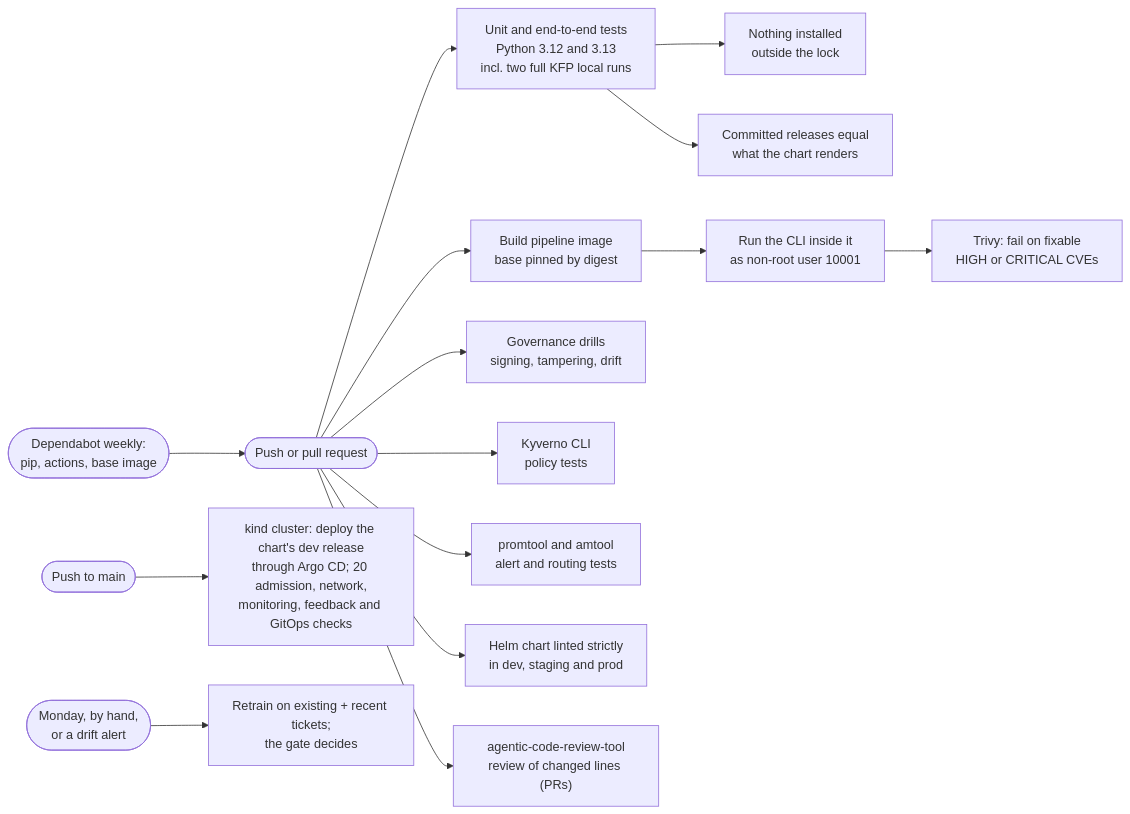
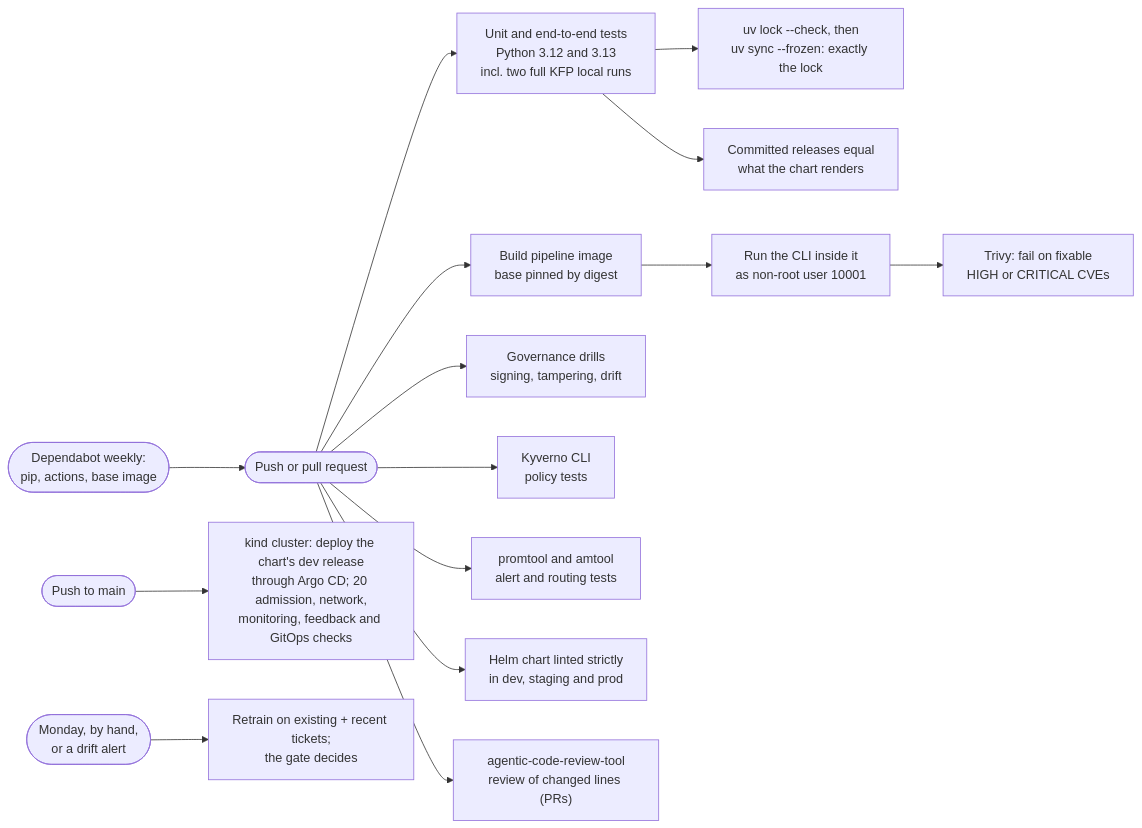
One commit to sunilmehta-si/kubernetes-secure-mlops-pipeline changed the sixth of 6 diagrams in docs/architecture.md. Above: the diagram before and after it, drawn with Mermaid.

Commit message:
Architecture diagram: CI checks the lock, then syncs from it

````diff
--- a/docs/architecture.md
+++ b/docs/architecture.md
@@ -179,17 +179,17 @@
 ```mermaid
 flowchart LR
     PR(["Push or pull request"]) --> T["Unit and end-to-end tests<br/>Python 3.12 and 3.13<br/>incl. two full KFP local runs"]
-    T --> L["Nothing installed<br/>outside the lock"]
+    T --> L["uv lock --check, then<br/>uv sync --frozen: exactly the lock"]
     PR --> I["Build pipeline image<br/>base pinned by digest"]
     I --> U["Run the CLI inside it<br/>as non-root user 10001"]
     U --> V["Trivy: fail on fixable<br/>HIGH or CRITICAL CVEs"]
     PR --> D["Governance drills<br/>signing, tampering, drift"]
     PR --> P["Kyverno CLI<br/>policy tests"]
     PR --> A["promtool and amtool<br/>alert and routing tests"]
     PR --> H["Helm chart linted strictly<br/>in dev, staging and prod"]
     T --> RR["Committed releases equal<br/>what the chart renders"]
     PR --> C["agentic-code-review-tool<br/>review of changed lines (PRs)"]
     M(["Push to main"]) --> K["kind cluster: deploy the chart's dev release<br/>through Argo CD; 20 admission, network,<br/>monitoring, feedback and GitOps checks"]
     S(["Monday, by hand,<br/>or a drift alert"]) --> R["Retrain on existing + recent tickets;<br/>the gate decides"]
     DB(["Dependabot weekly:<br/>pip, actions, base image"]) --> PR
 ```
````
